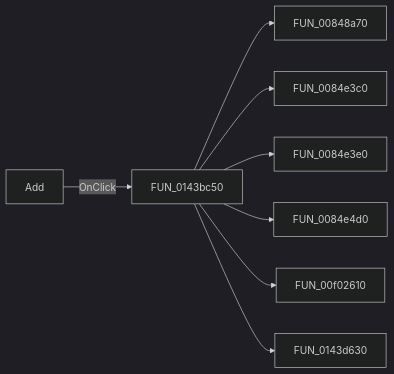
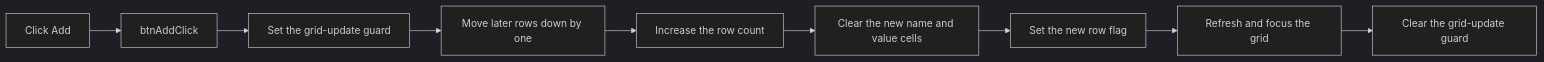
The diagram in docs/ui-controls/frmparameditor/btnadd-b4f2f70817.md (MovGP0/TIARA), drawn with Mermaid (dark theme) before and after one commit. The commit also changed other lines of this file and 387 other files, not shown here.

````diff
--- a/docs/ui-controls/frmparameditor/btnadd-b4f2f70817.md
+++ b/docs/ui-controls/frmparameditor/btnadd-b4f2f70817.md
@@ -27,10 +34,11 @@
 ```mermaid
 flowchart LR
-    control["Add"] -->|OnClick| handler["FUN_0143bc50"]
-    handler --> call1["FUN_00848a70"]
-    handler --> call2["FUN_0084e3c0"]
-    handler --> call3["FUN_0084e3e0"]
-    handler --> call4["FUN_0084e4d0"]
-    handler --> call5["FUN_00f02610"]
-    handler --> call6["FUN_0143d630"]
+    addClick["Click Add"] --> addHandler["btnAddClick"]
+    addHandler --> guardOn["Set the grid-update guard"]
+    guardOn --> moveRows["Move later rows down by one"]
+    moveRows --> addRow["Increase the row count"]
+    addRow --> clearCells["Clear the new name and value cells"]
+    clearCells --> setFlag["Set the new row flag"]
+    setFlag --> refreshGrid["Refresh and focus the grid"]
+    refreshGrid --> guardOff["Clear the grid-update guard"]
 ```
````
